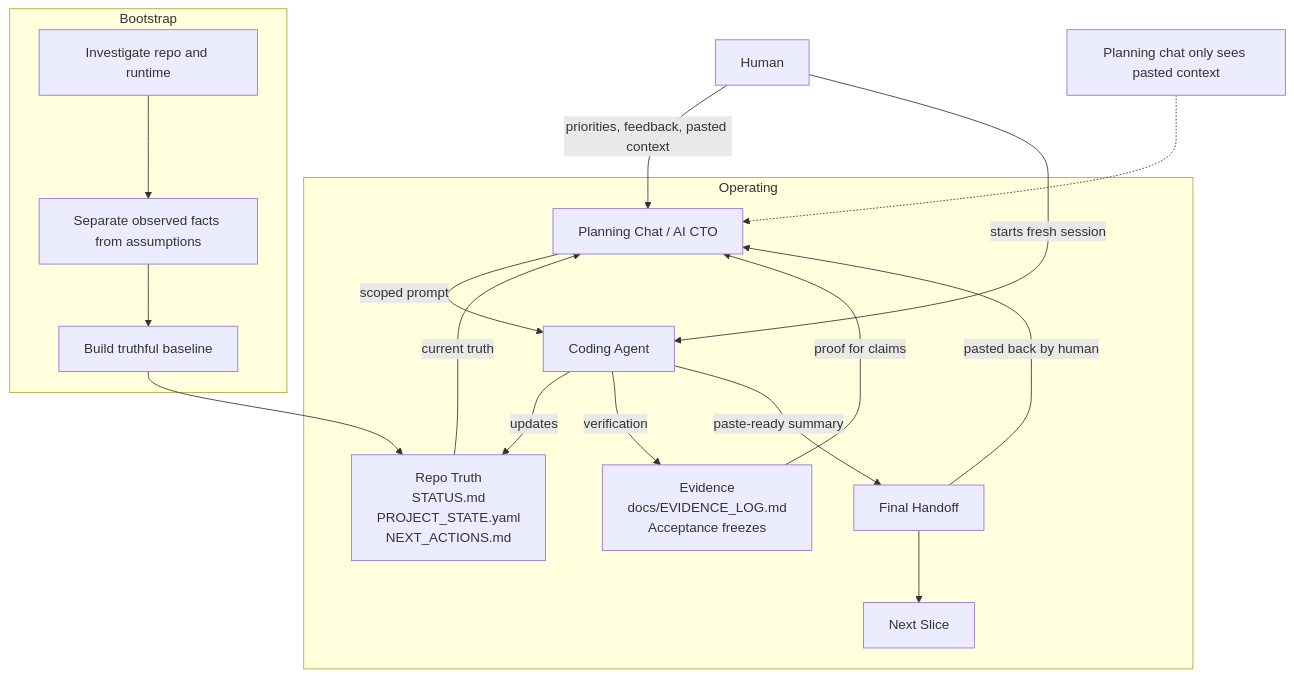
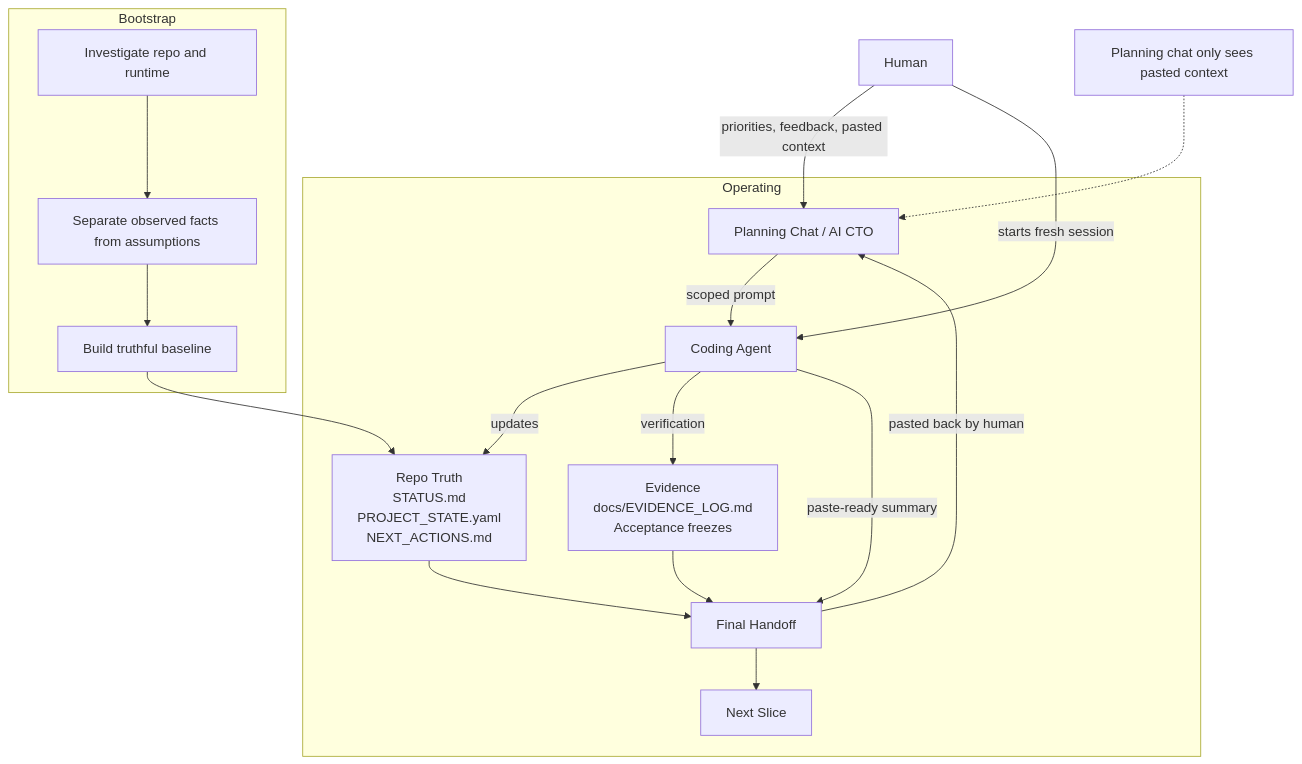
Before and after one commit to lennertvhoy/ProjectState_Template: the diagram in README.md, drawn with Mermaid. The commit also changed other lines of this file, not shown here.

Commit message:
Fix README diagram CTO context flow

````diff
--- a/README.md
+++ b/README.md
@@ -252,34 +252,34 @@
 ```mermaid
 flowchart TD
     H[Human]
     P[Planning Chat / AI CTO]
     C[Coding Agent]
     S[Repo Truth<br/>STATUS.md<br/>PROJECT_STATE.yaml<br/>NEXT_ACTIONS.md]
     E[Evidence<br/>docs/EVIDENCE_LOG.md<br/>Acceptance freezes]
     F[Final Handoff]
     N[Next Slice]
     X[Planning chat only sees pasted context]
 
     subgraph B[Bootstrap]
         B1[Investigate repo and runtime]
         B2[Separate observed facts from assumptions]
         B3[Build truthful baseline]
         B1 --> B2 --> B3
     end
 
     subgraph O[Operating]
         P -->|scoped prompt| C
         C -->|updates| S
         C -->|verification| E
         C -->|paste-ready summary| F
         F -->|pasted back by human| P
         F --> N
     end
 
     H -->|priorities, feedback, pasted context| P
     H -->|starts fresh session| C
     B3 --> S
-    S -->|current truth| P
-    E -->|proof for claims| P
+    S --> F
+    E --> F
     X -.-> P
 ```
````
